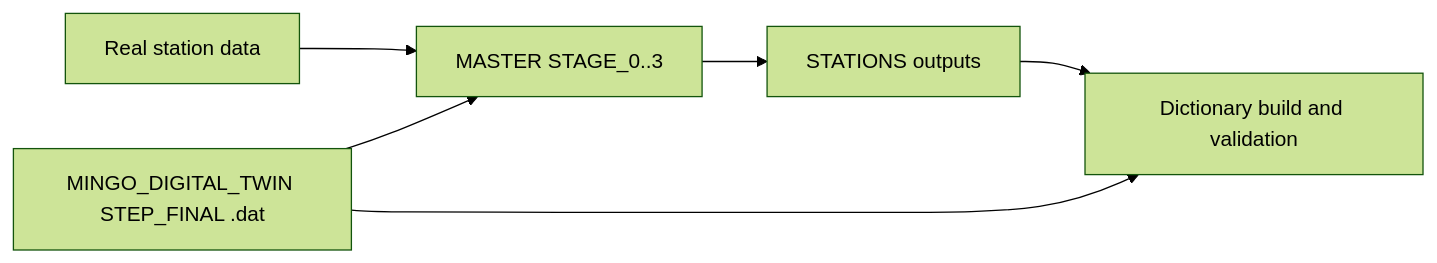
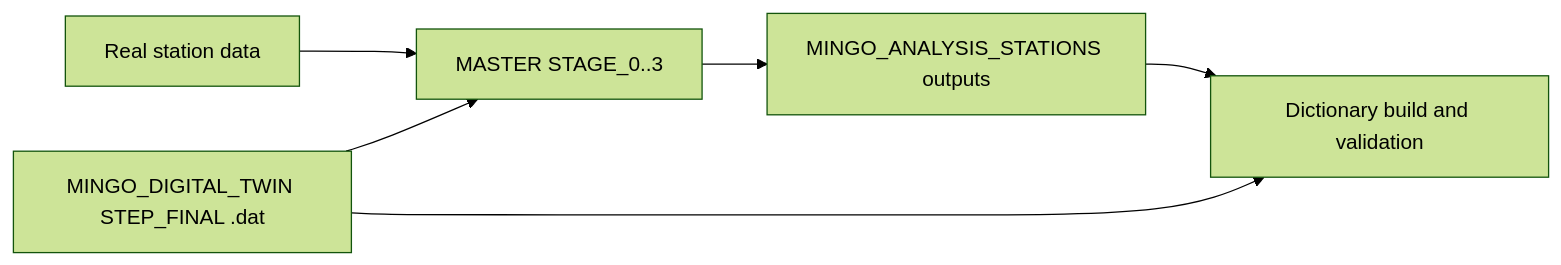
Before and after one commit to csoneira/DATAFLOW_v3: the diagram in DOCUMENTATION/docs/index.md, drawn with Mermaid (forest theme). The commit also changed other lines of this file and 62 other files, not shown here.

````diff
--- a/DOCUMENTATION/docs/index.md
+++ b/DOCUMENTATION/docs/index.md
@@ -16,8 +16,8 @@
 ```mermaid
 flowchart LR
     R[Real station data] --> M[MASTER STAGE_0..3]
     S[MINGO_DIGITAL_TWIN STEP_FINAL .dat] --> M
-    M --> O[STATIONS outputs]
+    M --> O[MINGO_ANALYSIS_STATIONS outputs]
     S --> D[Dictionary build and validation]
     O --> D
 ```
````
